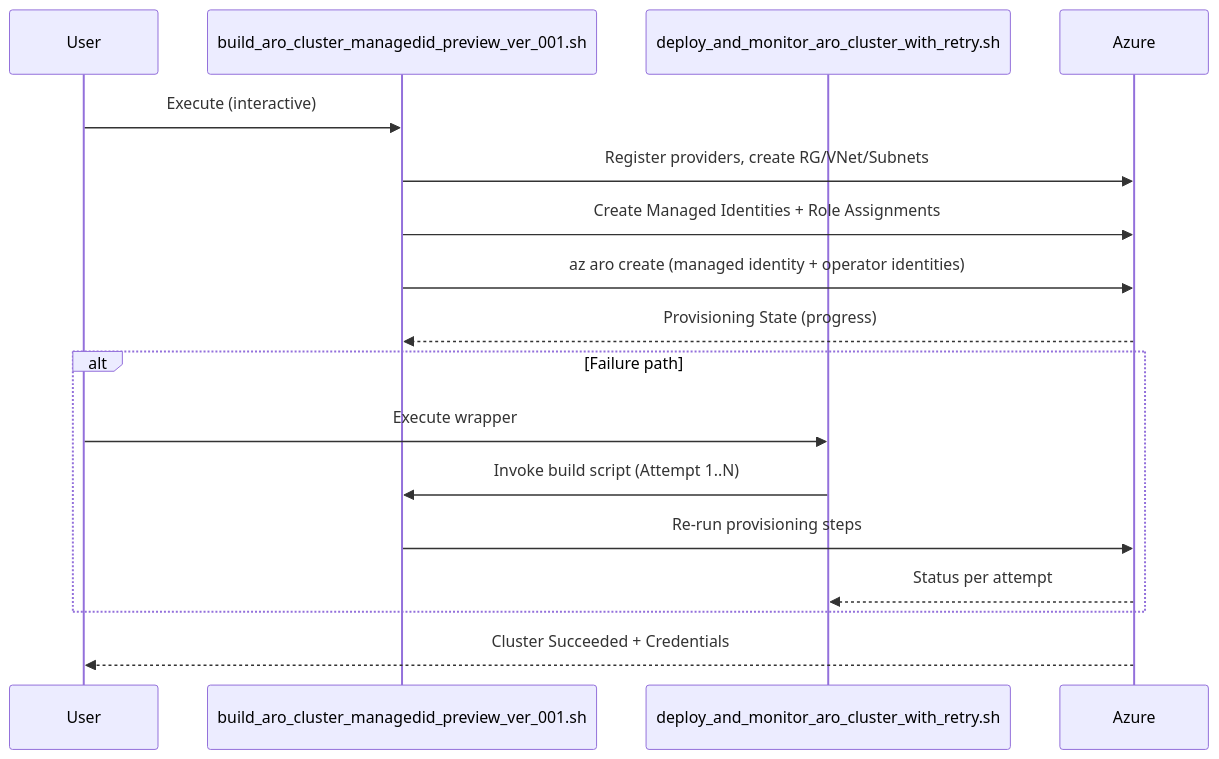
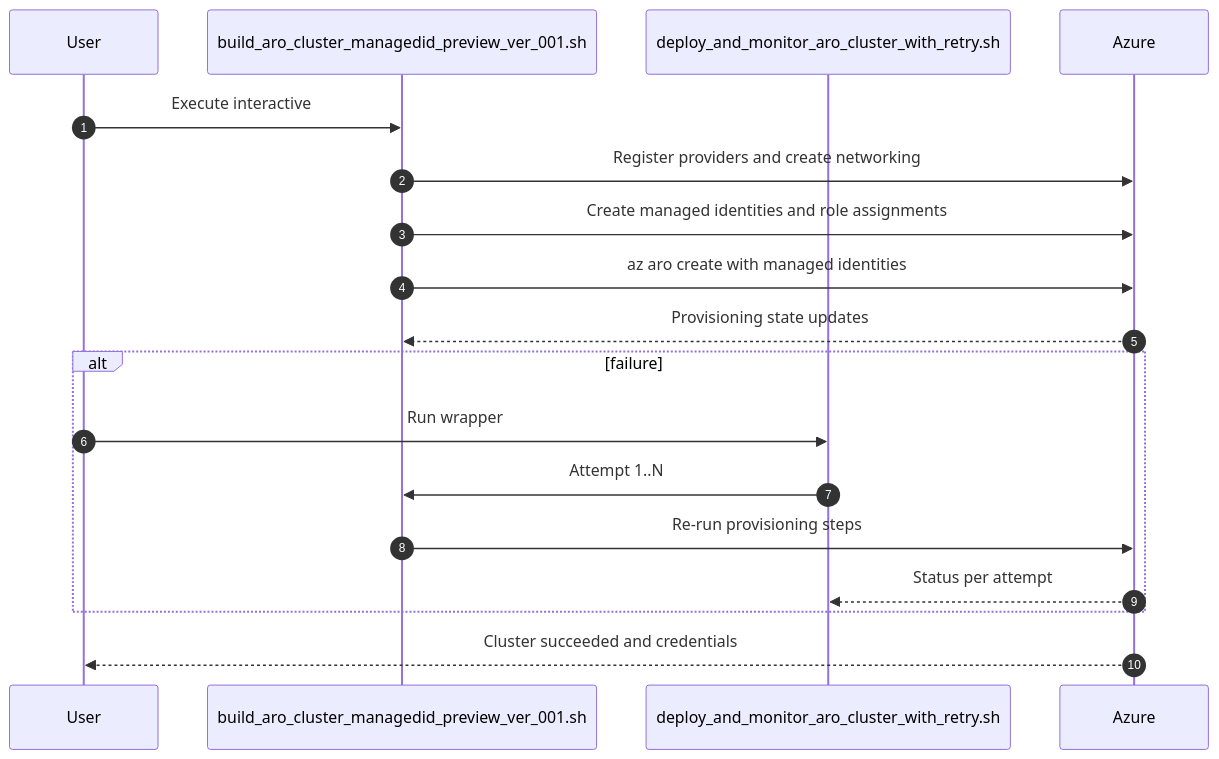
Before and after one commit to heisthesisko/Azure_RedHat_OpenShift_Virtualization: the second of 2 diagrams in Module-01-deploy-aro-cluster-managed-indetities.md, drawn with Mermaid. The commit also changed other lines of this file, not shown here.

Commit message:
fix: improve flowchart and sequence diagram clarity in ARO deployment guide

````diff
--- a/Module-01-deploy-aro-cluster-managed-indetities.md
+++ b/Module-01-deploy-aro-cluster-managed-indetities.md
@@ -153,20 +153,23 @@
 ```mermaid
 sequenceDiagram
-    participant User
-    participant Build as build_aro_cluster_managedid_preview_ver_001.sh
-    participant Retry as deploy_and_monitor_aro_cluster_with_retry.sh
-    participant Azure
+  autonumber
+  participant User
+  participant Build as build_aro_cluster_managedid_preview_ver_001.sh
+  participant Retry as deploy_and_monitor_aro_cluster_with_retry.sh
+  participant Azure
 
-    User->>Build: Execute (interactive)
-    Build->>Azure: Register providers, create RG/VNet/Subnets
-    Build->>Azure: Create Managed Identities + Role Assignments
-    Build->>Azure: az aro create (managed identity + operator identities)
-    Azure-->>Build: Provisioning State (progress)
-    alt Failure path
-        User->>Retry: Execute wrapper
-        Retry->>Build: Invoke build script (Attempt 1..N)
-        Build->>Azure: Re-run provisioning steps
-        Azure-->>Retry: Status per attempt
-    end
-    Azure-->>User: Cluster Succeeded + Credentials
+  User->>Build: Execute interactive
+  Build->>Azure: Register providers and create networking
+  Build->>Azure: Create managed identities and role assignments
+  Build->>Azure: az aro create with managed identities
+  Azure-->>Build: Provisioning state updates
+
+  alt failure
+    User->>Retry: Run wrapper
+    Retry->>Build: Attempt 1..N
+    Build->>Azure: Re-run provisioning steps
+    Azure-->>Retry: Status per attempt
+  end
+
+  Azure-->>User: Cluster succeeded and credentials
 ```
````
